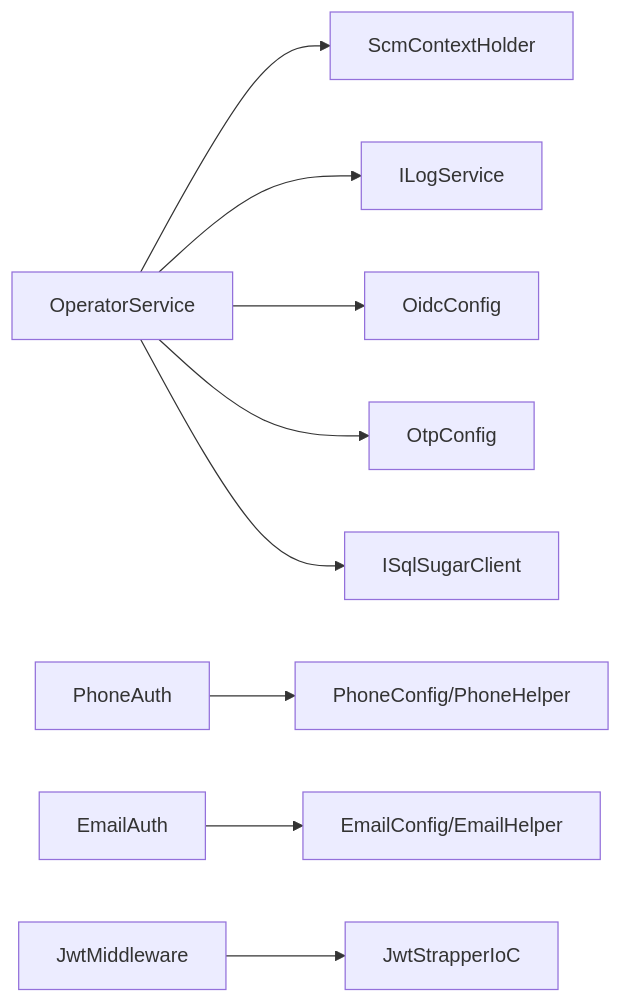
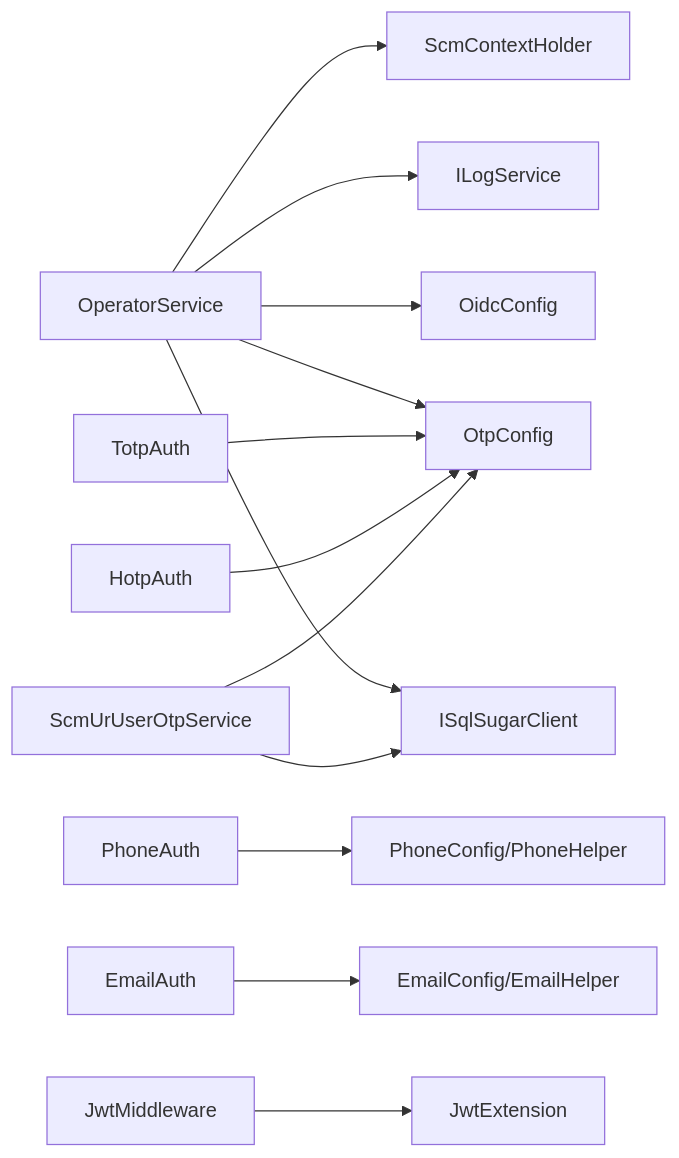
The seventh of 7 diagrams in .qoder/repowiki/zh/content/用户认证系统/用户认证系统.md (leadiot/Scm.Net), drawn with Mermaid before and after one commit. The commit also changed other lines of this file and 126 other files, not shown here.

````diff
--- a/.qoder/repowiki/zh/content/用户认证系统/用户认证系统.md
+++ b/.qoder/repowiki/zh/content/用户认证系统/用户认证系统.md
@@ -313,11 +454,15 @@
 ```mermaid
 graph LR
 OP["OperatorService"] --> CTX["ScmContextHolder"]
 OP --> LOG["ILogService"]
 OP --> OIDCCFG["OidcConfig"]
 OP --> OTPCFG["OtpConfig"]
 OP --> SQL["ISqlSugarClient"]
 PH["PhoneAuth"] --> SMS["PhoneConfig/PhoneHelper"]
 EM["EmailAuth"] --> EMAIL["EmailConfig/EmailHelper"]
-JM["JwtMiddleware"] --> JI["JwtStrapperIoC"]
+TOTP["TotpAuth"] --> OTPCFG
+HOTP["HotpAuth"] --> OTPCFG
+USEROTP["ScmUrUserOtpService"] --> SQL
+USEROTP --> OTPCFG
+JM["JwtMiddleware"] --> JE["JwtExtension"]
 ```
````
